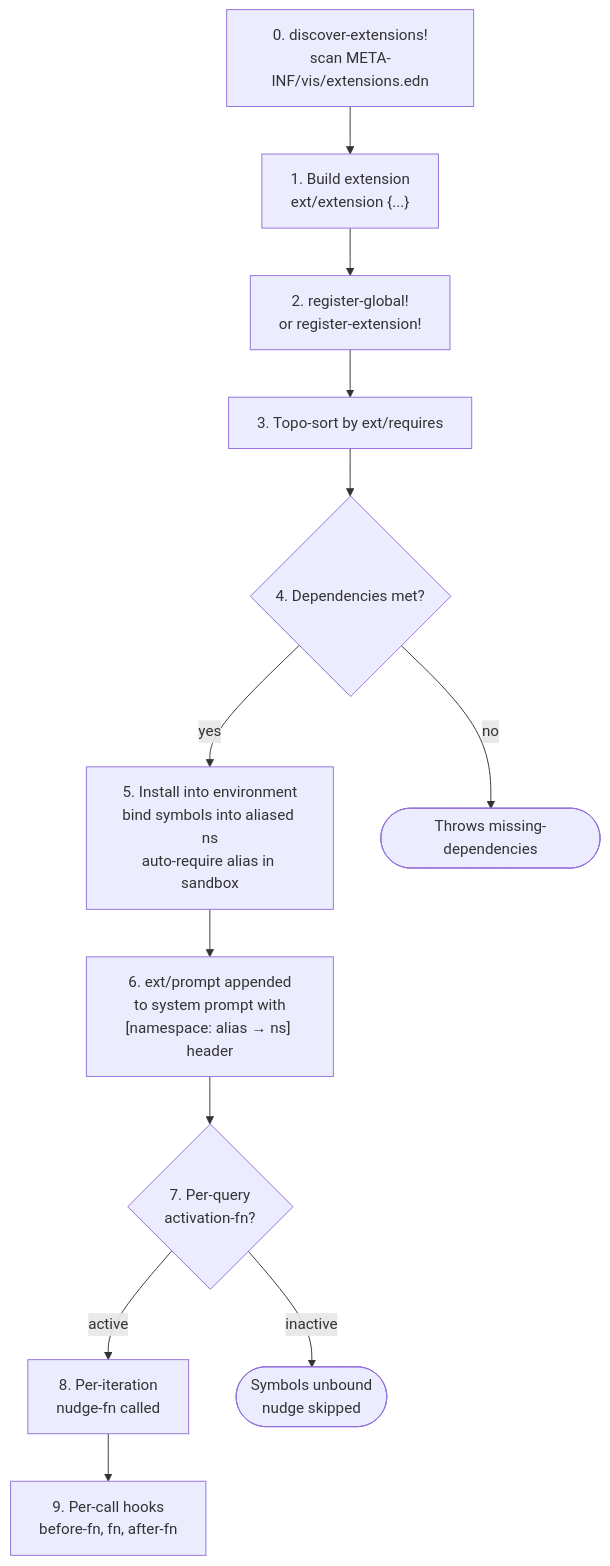
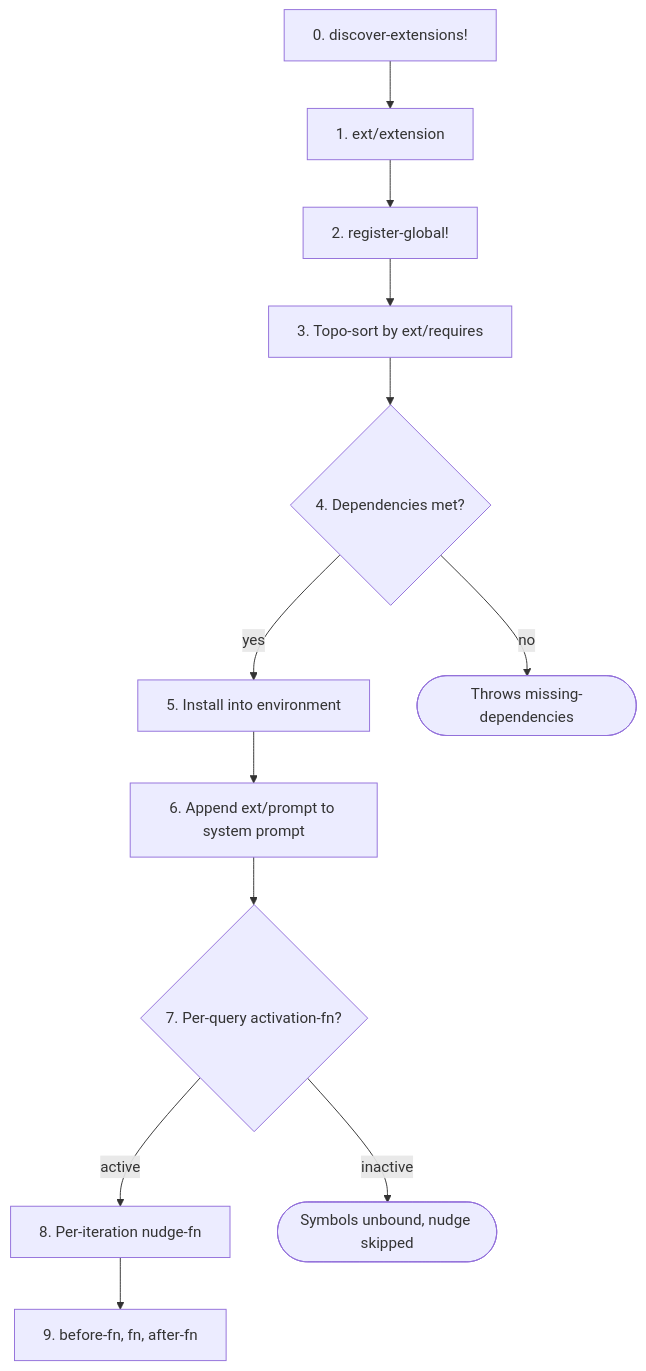
One commit to Blockether/vis changed the diagram in resources/docs/src/extensions/overview.md. Above: the diagram before and after it, drawn with Mermaid. The commit also changed other lines of this file and 1 other file, not shown here.

Commit message:
fix(docs): mermaid diagrams — remove br tags and pipe labels that break rendering
Iteration flow and extension lifecycle diagrams rewritten to use
plain text node labels and -- edge labels instead of <br/> and
|pipe| syntax that mdbook-mermaid fails to render. Step details
moved to bullet lists below each diagram.

````diff
--- a/resources/docs/src/extensions/overview.md
+++ b/resources/docs/src/extensions/overview.md
@@ -106,16 +106,15 @@
 ```mermaid
 flowchart TD
-    Discover["0. discover-extensions!<br/>scan META-INF/vis/extensions.edn"] --> Build
-    Build["1. Build extension<br/>ext/extension {...}"] --> Global
-    Global["2. register-global!<br/>or register-extension!"] --> Topo
-    Topo["3. Topo-sort by ext/requires"] --> Deps
-    Deps{"4. Dependencies met?"}
-    Deps -->|yes| Install["5. Install into environment<br/>bind symbols into aliased ns<br/>auto-require alias in sandbox"]
-    Deps -->|no| Fail(["Throws missing-dependencies"])
-    Install --> Prompt["6. ext/prompt appended<br/>to system prompt with<br/>[namespace: alias → ns] header"]
-    Prompt --> Activate
-    Activate{"7. Per-query<br/>activation-fn?"}
-    Activate -->|active| Nudge["8. Per-iteration<br/>nudge-fn called"]
-    Activate -->|inactive| Skip(["Symbols unbound<br/>nudge skipped"])
-    Nudge --> Hooks["9. Per-call hooks<br/>before-fn, fn, after-fn"]
+    Discover["0. discover-extensions!"]
+    Discover --> Build["1. ext/extension"]
+    Build --> Global["2. register-global!"]
+    Global --> Topo["3. Topo-sort by ext/requires"]
+    Topo --> Deps{"4. Dependencies met?"}
+    Deps -- yes --> Install["5. Install into environment"]
+    Deps -- no --> Fail(["Throws missing-dependencies"])
+    Install --> Prompt["6. Append ext/prompt to system prompt"]
+    Prompt --> Activate{"7. Per-query activation-fn?"}
+    Activate -- active --> Nudge["8. Per-iteration nudge-fn"]
+    Activate -- inactive --> Skip(["Symbols unbound, nudge skipped"])
+    Nudge --> Hooks["9. before-fn, fn, after-fn"]
 ```
````
